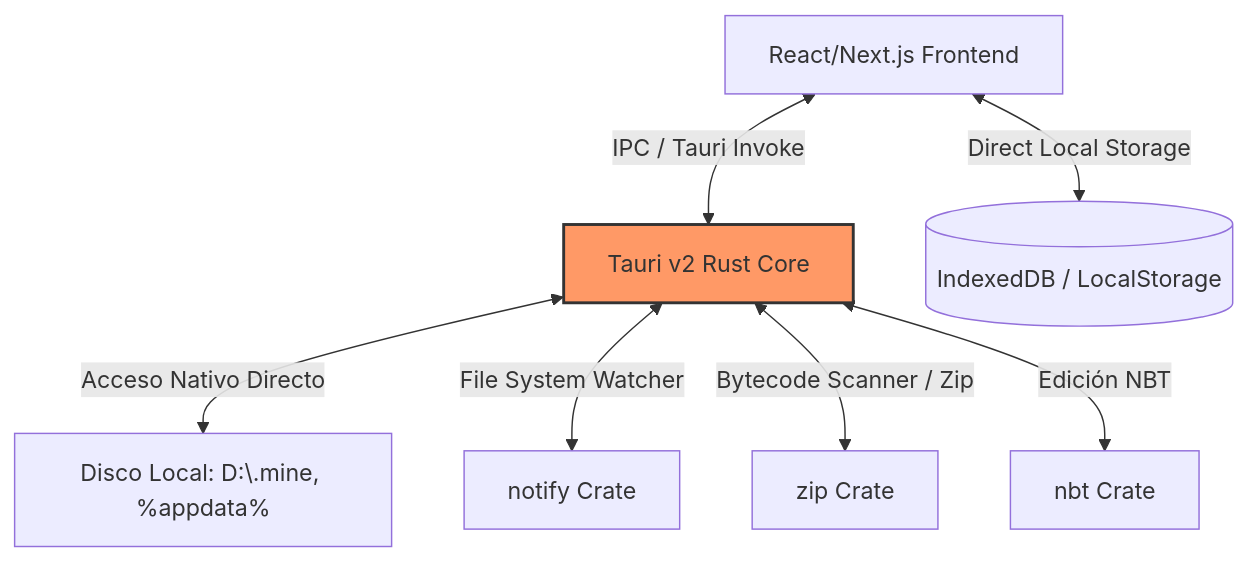
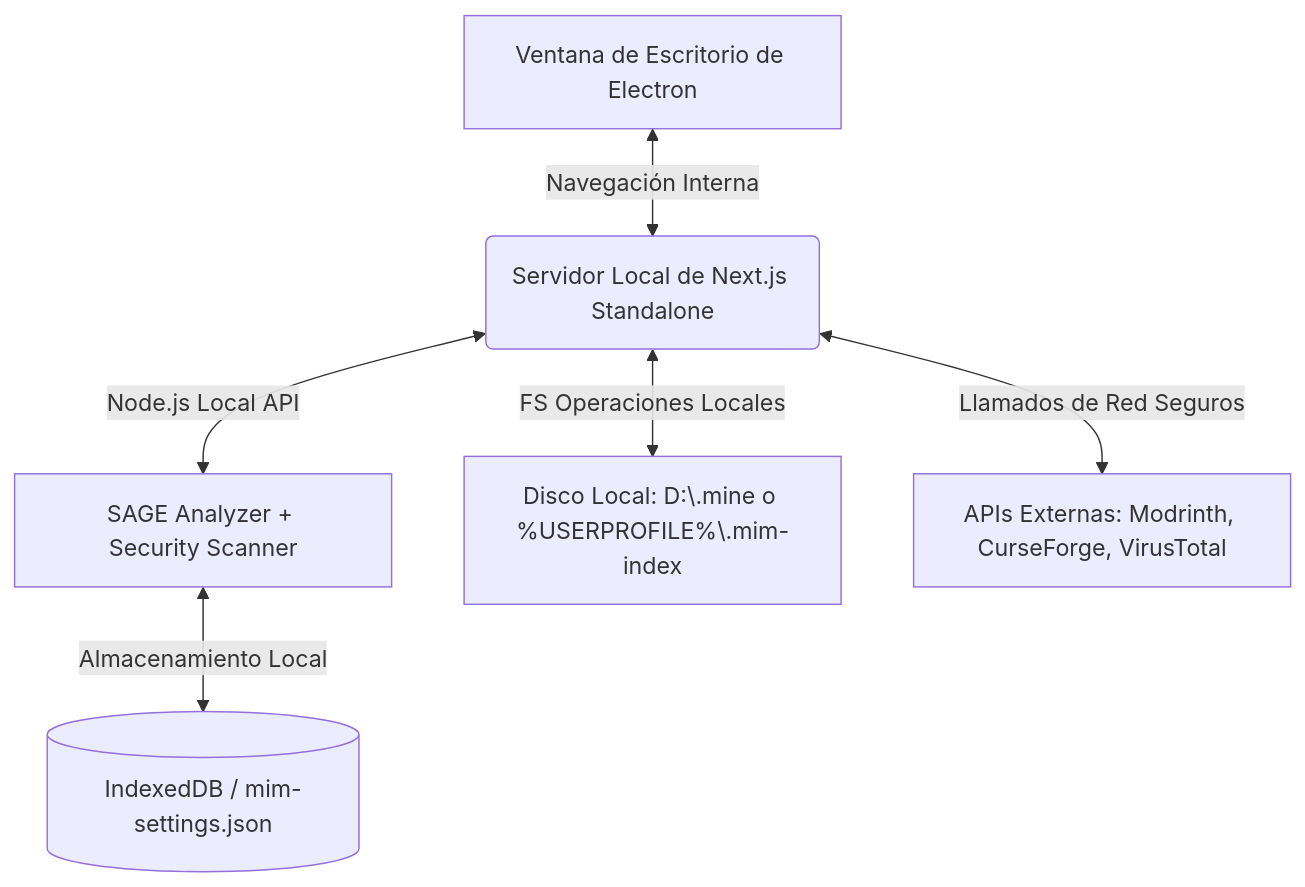
One commit to Ian9Franco/MIM changed the diagram in docs/standalone-build-plan.md. Above: the diagram before and after it, drawn with Mermaid. The commit also changed other lines of this file and 9 other files, not shown here.

Commit message:
feat(fomo): filtros compactos, transicion de columnas liquida-glass y plan standalone de electron

````diff
--- a/docs/standalone-build-plan.md
+++ b/docs/standalone-build-plan.md
@@ -17,10 +13,8 @@
 ```mermaid
 graph TD
-    A[React/Next.js Frontend] <-->|IPC / Tauri Invoke| B[Tauri v2 Rust Core]
-    A <-->|Direct Local Storage| C[(IndexedDB / LocalStorage)]
-    B <-->|Acceso Nativo Directo| D[Disco Local: D:\.mine, %appdata%]
-    B <-->|File System Watcher| E[notify Crate]
-    B <-->|Bytecode Scanner / Zip| F[zip Crate]
-    B <-->|Edición NBT| G[nbt Crate]
-    style B fill:#f96,stroke:#333,stroke-width:2px
+    A[Ventana de Escritorio de Electron] <-->|Navegación Interna| B(Servidor Local de Next.js Standalone)
+    B <-->|Node.js Local API| C[SAGE Analyzer + Security Scanner]
+    B <-->|FS Operaciones Locales| D[Disco Local: D:\.mine o %USERPROFILE%\.mim-index]
+    B <-->|Llamados de Red Seguros| E[APIs Externas: Modrinth, CurseForge, VirusTotal]
+    C <-->|Almacenamiento Local| F[(IndexedDB / mim-settings.json)]
 ```
````
